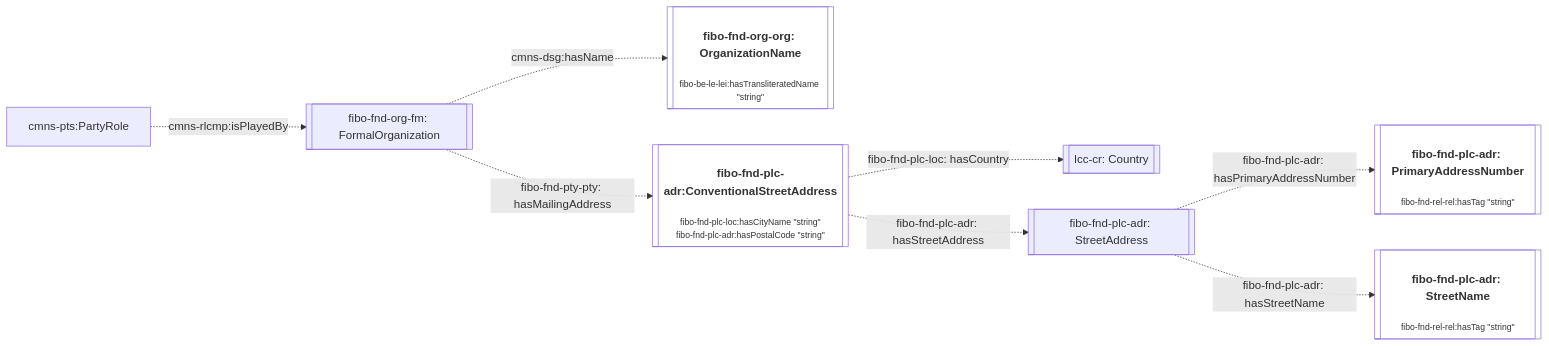
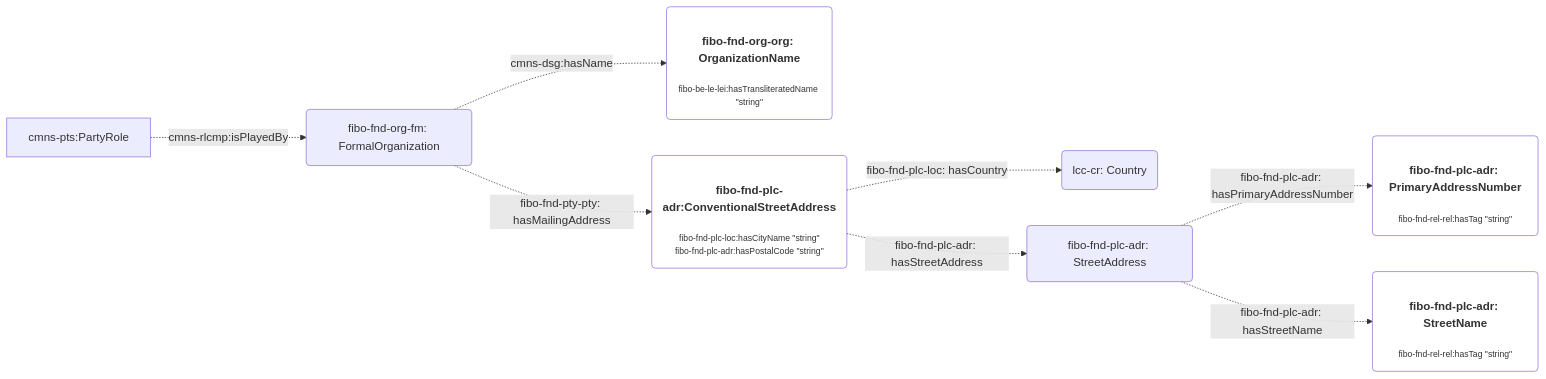
The third of 7 diagrams in JPS_Ontology/ontology/ontoprofile/README.MD (cambridge-cares/TheWorldAvatar), drawn with Mermaid before and after one commit. The commit also changed other lines of this file, not shown here.

Commit message:
dev-service-execution-ontology-extension: modify flowchart shape

````diff
--- a/JPS_Ontology/ontology/ontoprofile/README.MD
+++ b/JPS_Ontology/ontology/ontoprofile/README.MD
@@ -98,17 +98,17 @@
 ```mermaid
 flowchart LR
     %% Styling
     classDef literal fill:none
 
     %% Contents
-    cmns-pts:PartyRole -. cmns-rlcmp:isPlayedBy .-> Organisation[[fibo-fnd-org-fm: FormalOrganization]]
-    Organisation -. cmns-dsg:hasName .-> OrganizationName[["<h4>fibo-fnd-org-org: OrganizationName</h4><p style='font-size:0.75rem;'>fibo-be-le-lei:hasTransliteratedName &quot;string&quot;</p>"]]:::literal
+    cmns-pts:PartyRole -. cmns-rlcmp:isPlayedBy .-> Organisation(fibo-fnd-org-fm: FormalOrganization)
+    Organisation -. cmns-dsg:hasName .-> OrganizationName("<h4>fibo-fnd-org-org: OrganizationName</h4><p style='font-size:0.75rem;'>fibo-be-le-lei:hasTransliteratedName &quot;string&quot;</p>"):::literal
 
-    Organisation -. fibo-fnd-pty-pty: hasMailingAddress .-> ConventionalStreetAddress[["<h4>fibo-fnd-plc-adr:ConventionalStreetAddress</h4><p style='font-size:0.75rem;'>fibo-fnd-plc-loc:hasCityName &quot;string&quot;<br>fibo-fnd-plc-adr:hasPostalCode &quot;string&quot;</p>"]]:::literal
+    Organisation -. fibo-fnd-pty-pty: hasMailingAddress .-> ConventionalStreetAddress("<h4>fibo-fnd-plc-adr:ConventionalStreetAddress</h4><p style='font-size:0.75rem;'>fibo-fnd-plc-loc:hasCityName &quot;string&quot;<br>fibo-fnd-plc-adr:hasPostalCode &quot;string&quot;</p>"):::literal
 
-    ConventionalStreetAddress -. fibo-fnd-plc-loc: hasCountry .-> Country[[lcc-cr: Country]]
-    ConventionalStreetAddress -. fibo-fnd-plc-adr: hasStreetAddress .-> StreetAddress[[fibo-fnd-plc-adr: StreetAddress]]
+    ConventionalStreetAddress -. fibo-fnd-plc-loc: hasCountry .-> Country(lcc-cr: Country)
+    ConventionalStreetAddress -. fibo-fnd-plc-adr: hasStreetAddress .-> StreetAddress(fibo-fnd-plc-adr: StreetAddress)
 
-    StreetAddress -. fibo-fnd-plc-adr: hasPrimaryAddressNumber .-> PrimaryAddressNumber[["<h4>fibo-fnd-plc-adr: PrimaryAddressNumber</h4><p style='font-size:0.75rem;'>fibo-fnd-rel-rel:hasTag &quot;string&quot;</p>"]]:::literal
-    StreetAddress -. fibo-fnd-plc-adr: hasStreetName .-> StreetName[["<h4>fibo-fnd-plc-adr: StreetName</h4><p style='font-size:0.75rem;'>fibo-fnd-rel-rel:hasTag &quot;string&quot;</p>"]]:::literal
+    StreetAddress -. fibo-fnd-plc-adr: hasPrimaryAddressNumber .-> PrimaryAddressNumber("<h4>fibo-fnd-plc-adr: PrimaryAddressNumber</h4><p style='font-size:0.75rem;'>fibo-fnd-rel-rel:hasTag &quot;string&quot;</p>"):::literal
+    StreetAddress -. fibo-fnd-plc-adr: hasStreetName .-> StreetName("<h4>fibo-fnd-plc-adr: StreetName</h4><p style='font-size:0.75rem;'>fibo-fnd-rel-rel:hasTag &quot;string&quot;</p>"):::literal
 ```
````
